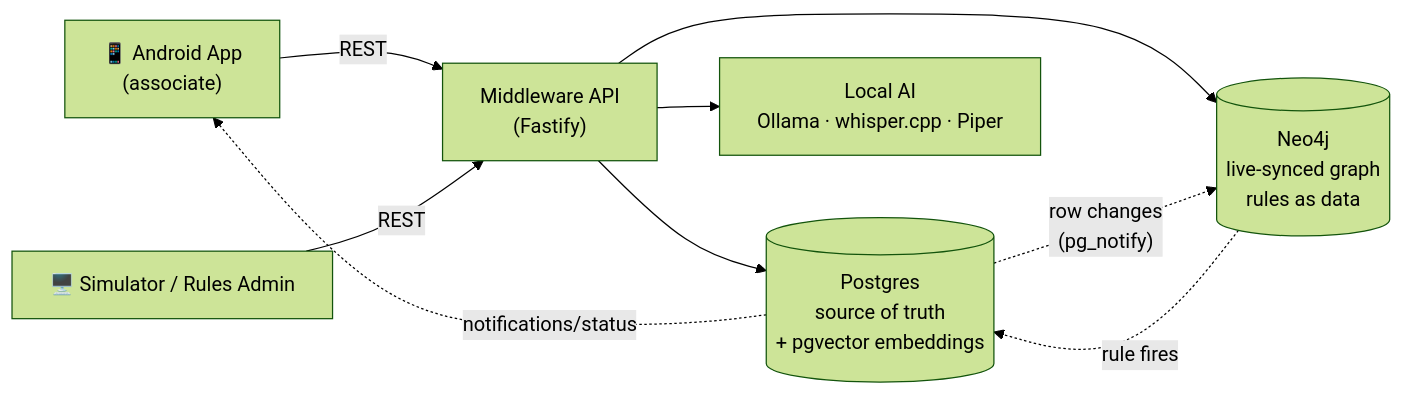
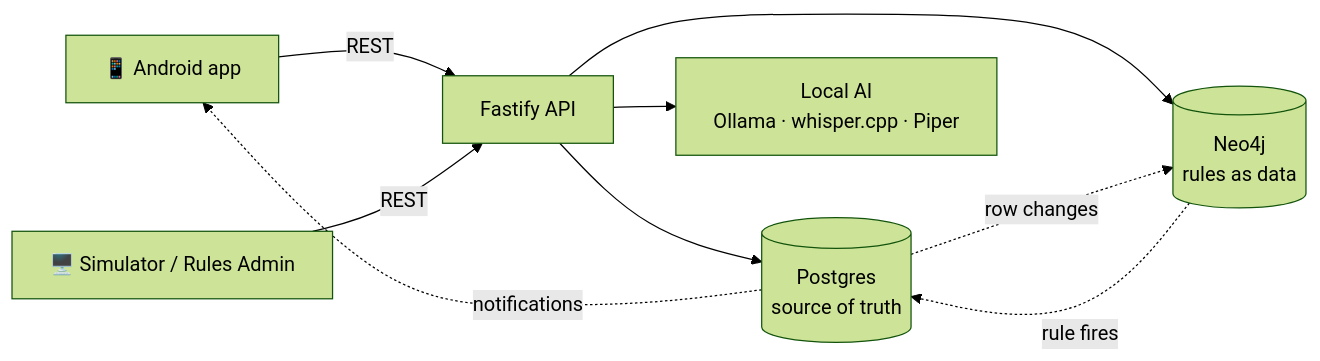
The first of 2 diagrams in README.md (chrizmc/store-use-case), drawn with Mermaid (forest theme) before and after one commit. The commit also changed other lines of this file and 58 other files, not shown here.

````diff
--- a/README.md
+++ b/README.md
@@ -37,13 +20,11 @@
 ```mermaid
 flowchart LR
-    Android["📱 Android App\n(associate)"] -->|REST| API["Middleware API\n(Fastify)"]
+    Android["📱 Android app"] -->|REST| API["Fastify API"]
     WebUI["🖥️ Simulator / Rules Admin"] -->|REST| API
-
-    API --> PG[("Postgres\nsource of truth\n+ pgvector embeddings")]
-    API --> Neo[("Neo4j\nlive-synced graph\nrules as data")]
+    API --> PG[("Postgres\nsource of truth")]
+    API --> Neo[("Neo4j\nrules as data")]
     API --> AI["Local AI\nOllama · whisper.cpp · Piper"]
-
-    PG -. "row changes\n(pg_notify)" .-> Neo
+    PG -. "row changes" .-> Neo
     Neo -. "rule fires" .-> PG
-    PG -. "notifications/status" .-> Android
+    PG -. "notifications" .-> Android
 ```
````
